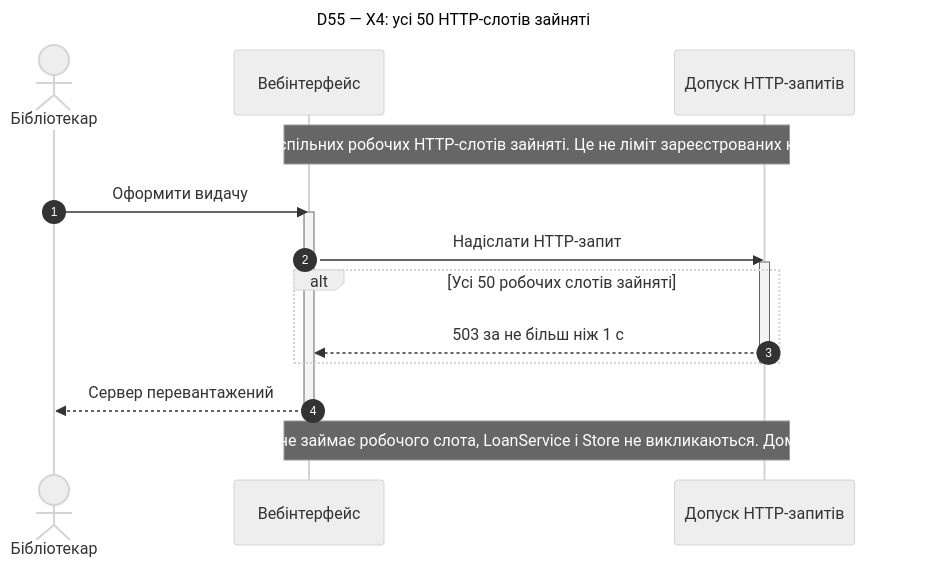
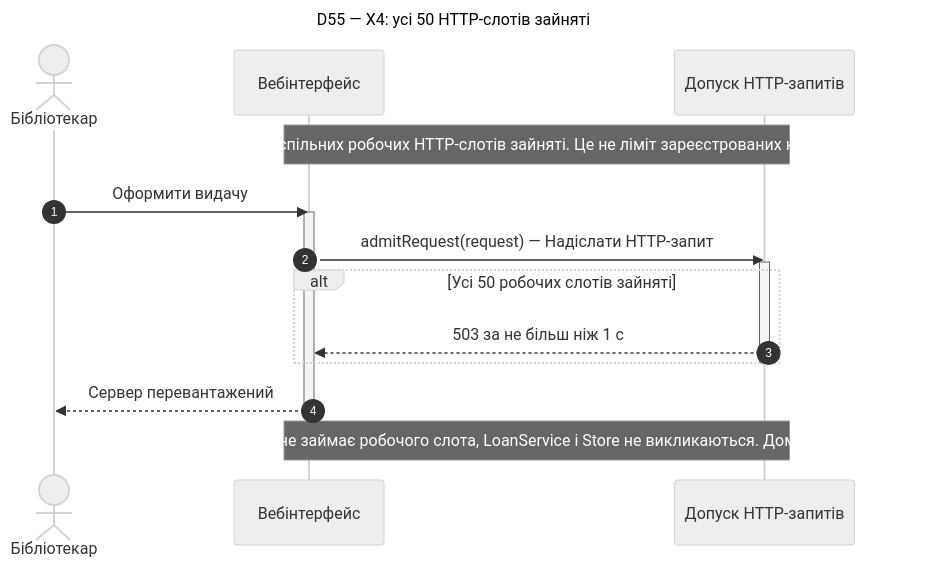
Before and after one commit to the1nurz/mavpz: the diagram in lab3/diagrams/uc-10-x4-capacity.mmd, drawn with Mermaid (neutral theme). The commit also changed 61 other files, not shown here.

Commit message:
fix(lab3): improve sequence diagram fragments and messages

```diff
--- a/lab3/diagrams/uc-10-x4-capacity.mmd
+++ b/lab3/diagrams/uc-10-x4-capacity.mmd
@@ -1,20 +1,20 @@
 sequenceDiagram
     autonumber
     %% D55 | UC-10 | —; X4
     %% — | NFR-06, NFR-11
     title D55 — X4: усі 50 HTTP-слотів зайняті
     actor A as Бібліотекар
     participant UI as Вебінтерфейс
     participant Admission as Допуск HTTP-запитів
     Note over UI,Admission: Given: усі 50 спільних робочих HTTP-слотів зайняті. Це не ліміт зареєстрованих користувачів.
     A->>UI: Оформити видачу
     activate UI
-    UI->>Admission: Надіслати HTTP-запит
+    UI->>Admission: admitRequest(request) — Надіслати HTTP-запит
     activate Admission
     alt Усі 50 робочих слотів зайняті
     Admission-->>UI: 503 за не більш ніж 1 с
     end
     deactivate Admission
     UI-->>A: Сервер перевантажений
     deactivate UI
     Note over UI,Admission: Відхилений запит не займає робочого слота, LoanService і Store не викликаються. Доменних змін немає.
```
